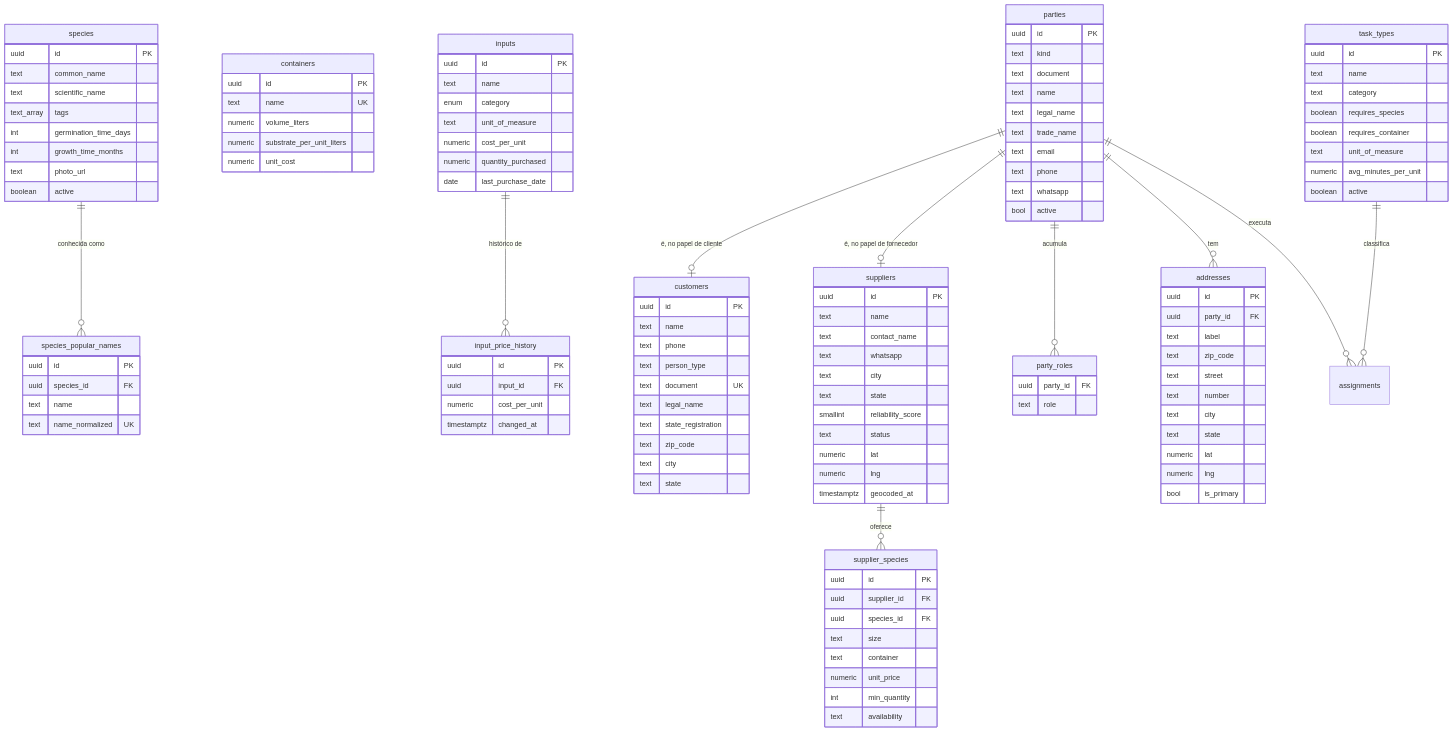
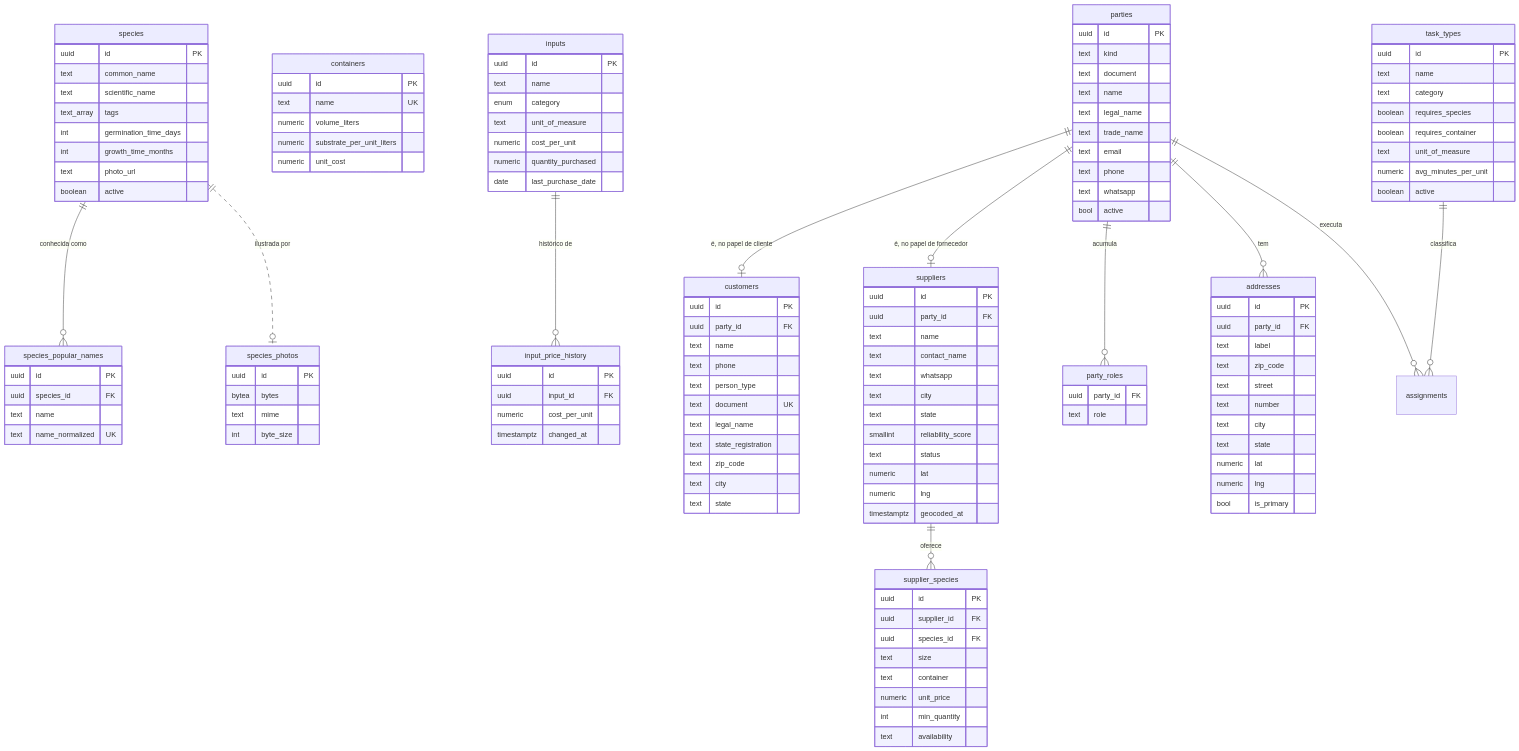
The third of 6 diagrams in docs/engenharia/C-modelagem/C6-modelo-entidade-relacionamento.md (JoaoMudar/mudar), drawn with Mermaid before and after one commit. The commit also changed other lines of this file and 13 other files, not shown here.

```diff
--- a/docs/engenharia/C-modelagem/C6-modelo-entidade-relacionamento.md
+++ b/docs/engenharia/C-modelagem/C6-modelo-entidade-relacionamento.md
@@ -198,6 +198,12 @@
     uuid species_id FK
     text name
     text name_normalized UK
+  }
+  species_photos {
+    uuid id PK
+    bytea bytes
+    text mime
+    int  byte_size
   }
   containers {
     uuid id PK
@@ -223,6 +229,7 @@
   }
   customers {
     uuid id PK
+    uuid party_id FK
     text name
     text phone
     text person_type
@@ -235,6 +242,7 @@
   }
   suppliers {
     uuid id PK
+    uuid party_id FK
     text name
     text contact_name
     text whatsapp
@@ -297,6 +305,7 @@
   }
 
   species   ||--o{ species_popular_names : "conhecida como"
+  species   ||..o| species_photos        : "ilustrada por"
   inputs    ||--o{ input_price_history   : "histórico de"
   suppliers ||--o{ supplier_species      : "oferece"
   parties   ||--o{ party_roles           : "acumula"
```
